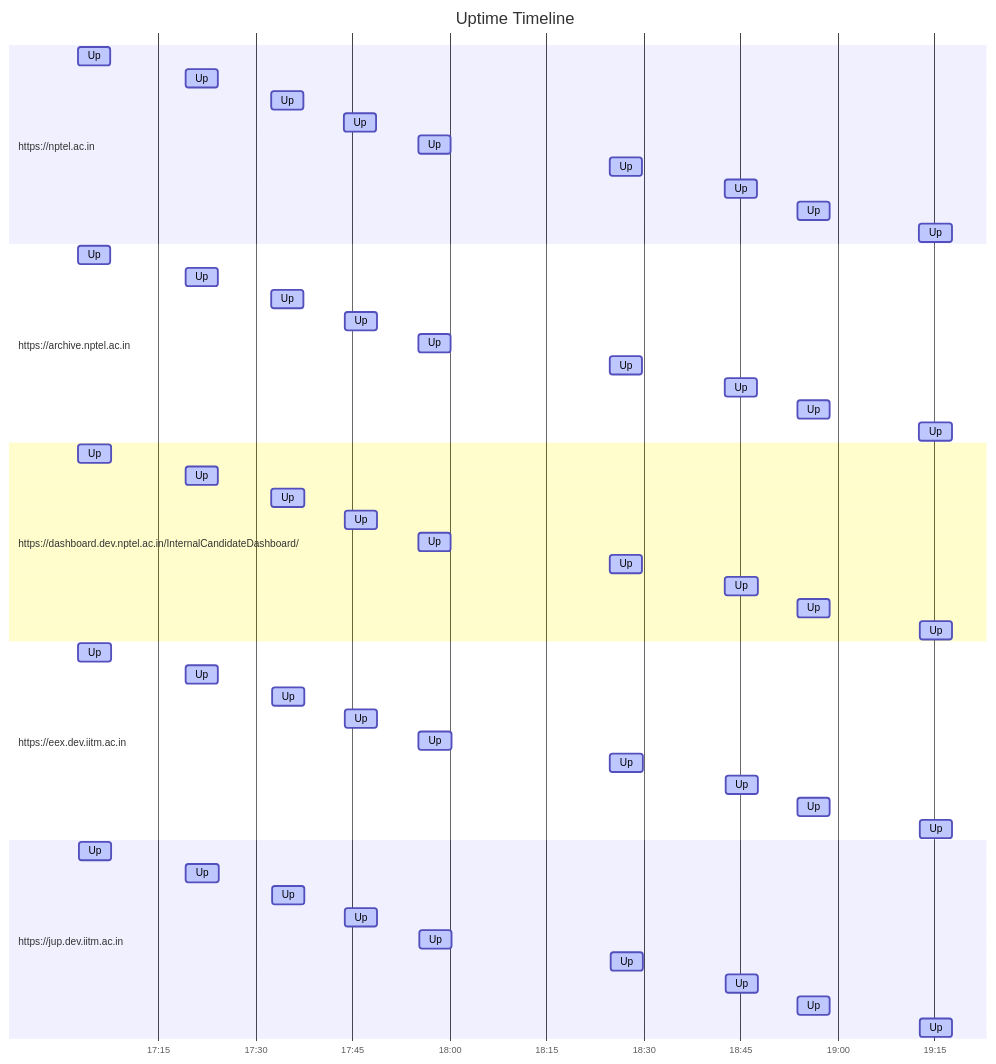
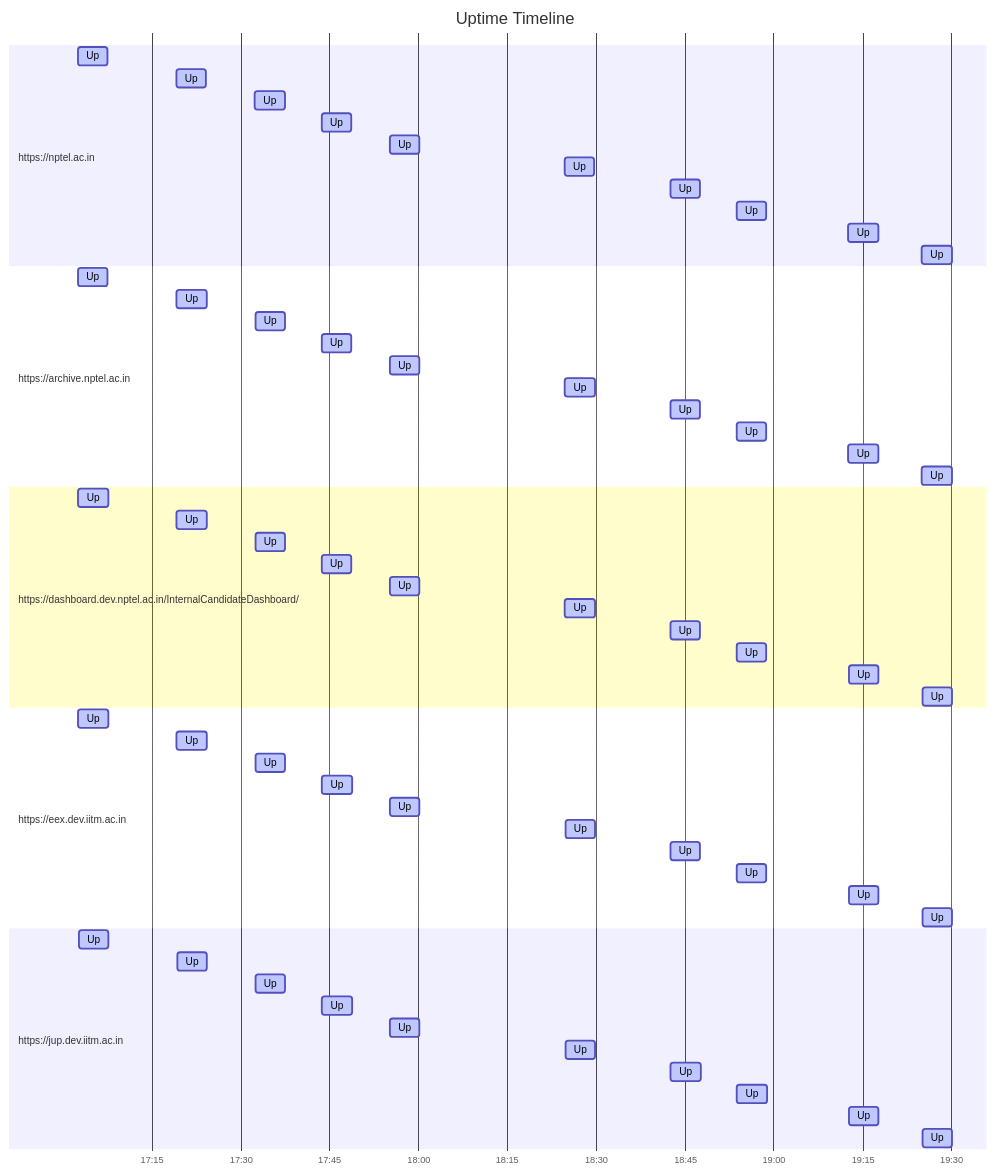
The diagram in results.md (nchandra75/monitor), drawn with Mermaid before and after one commit. The commit also changed other lines of this file and 1 other file, not shown here.

````diff
--- a/results.md
+++ b/results.md
@@ -21,56 +21,61 @@
 ```mermaid
 gantt
     title Uptime Timeline
     dateFormat YYYY-MM-DD HH:mm:ss
     axisFormat %H:%M
     section https://nptel.ac.in
         Up: active, 2024-09-13 17:02:35, 5m
         Up: active, 2024-09-13 17:19:13, 5m
         Up: active, 2024-09-13 17:32:28, 5m
         Up: active, 2024-09-13 17:43:43, 5m
         Up: active, 2024-09-13 17:55:11, 5m
         Up: active, 2024-09-13 18:24:46, 5m
         Up: active, 2024-09-13 18:42:34, 5m
         Up: active, 2024-09-13 18:53:45, 5m
         Up: active, 2024-09-13 19:12:36, 5m
+        Up: active, 2024-09-13 19:25:02, 5m
     section https://archive.nptel.ac.in
         Up: active, 2024-09-13 17:02:37, 5m
         Up: active, 2024-09-13 17:19:15, 5m
         Up: active, 2024-09-13 17:32:29, 5m
         Up: active, 2024-09-13 17:43:45, 5m
         Up: active, 2024-09-13 17:55:13, 5m
         Up: active, 2024-09-13 18:24:47, 5m
         Up: active, 2024-09-13 18:42:35, 5m
         Up: active, 2024-09-13 18:53:46, 5m
         Up: active, 2024-09-13 19:12:37, 5m
+        Up: active, 2024-09-13 19:25:03, 5m
     section https://dashboard.dev.nptel.ac.in/InternalCandidateDashboard/
         Up: active, 2024-09-13 17:02:38, 5m
         Up: active, 2024-09-13 17:19:15, 5m
         Up: active, 2024-09-13 17:32:30, 5m
         Up: active, 2024-09-13 17:43:46, 5m
         Up: active, 2024-09-13 17:55:13, 5m
         Up: active, 2024-09-13 18:24:48, 5m
         Up: active, 2024-09-13 18:42:36, 5m
         Up: active, 2024-09-13 18:53:47, 5m
         Up: active, 2024-09-13 19:12:38, 5m
+        Up: active, 2024-09-13 19:25:04, 5m
     section https://eex.dev.iitm.ac.in
         Up: active, 2024-09-13 17:02:39, 5m
         Up: active, 2024-09-13 17:19:16, 5m
         Up: active, 2024-09-13 17:32:31, 5m
         Up: active, 2024-09-13 17:43:47, 5m
         Up: active, 2024-09-13 17:55:15, 5m
         Up: active, 2024-09-13 18:24:50, 5m
         Up: active, 2024-09-13 18:42:37, 5m
         Up: active, 2024-09-13 18:53:48, 5m
         Up: active, 2024-09-13 19:12:39, 5m
+        Up: active, 2024-09-13 19:25:05, 5m
     section https://jup.dev.iitm.ac.in
         Up: active, 2024-09-13 17:02:40, 5m
         Up: active, 2024-09-13 17:19:17, 5m
         Up: active, 2024-09-13 17:32:32, 5m
         Up: active, 2024-09-13 17:43:48, 5m
         Up: active, 2024-09-13 17:55:16, 5m
         Up: active, 2024-09-13 18:24:51, 5m
         Up: active, 2024-09-13 18:42:38, 5m
         Up: active, 2024-09-13 18:53:49, 5m
         Up: active, 2024-09-13 19:12:40, 5m
+        Up: active, 2024-09-13 19:25:06, 5m
 ```
````
